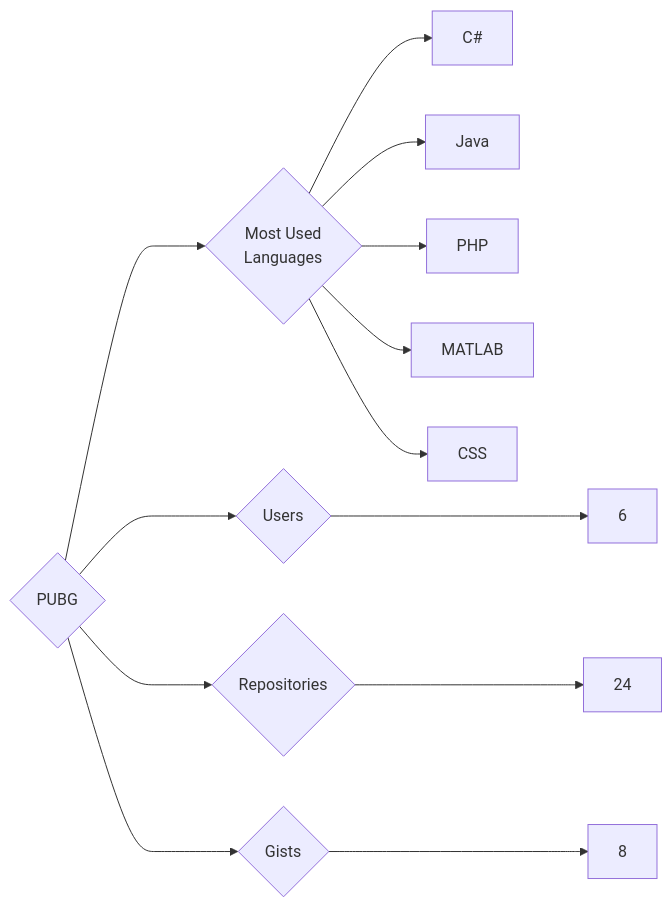
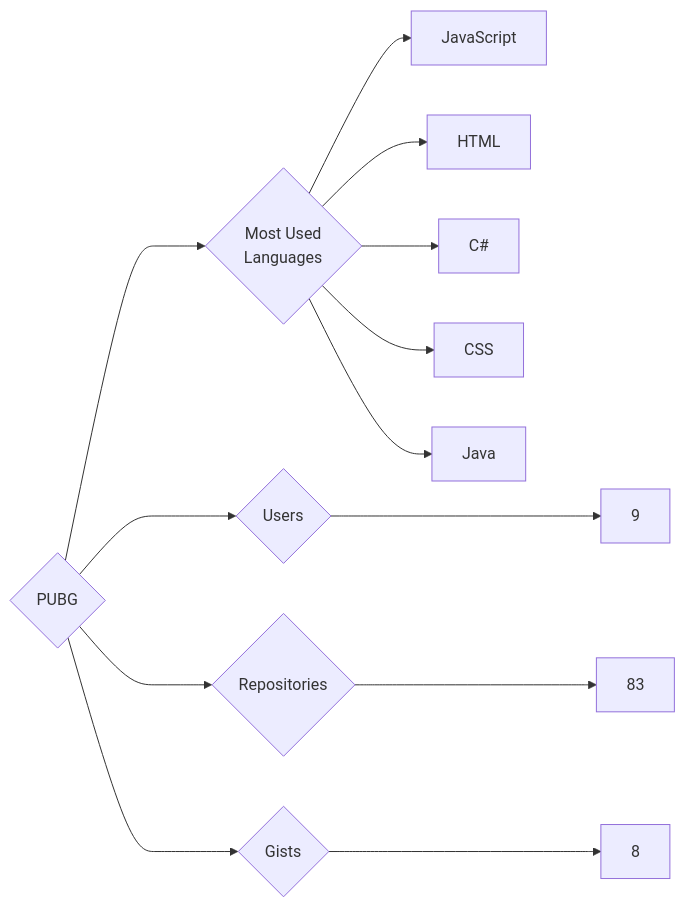
The diagram in targets/PUBG/README.md (trickest/insiders), drawn with Mermaid before and after one commit. The commit also changed 1479 other files, not shown here.

````diff
--- a/targets/PUBG/README.md
+++ b/targets/PUBG/README.md
@@ -3,13 +3,13 @@
 ```mermaid
 graph LR
 COMPANY_NAME{PUBG}
-COMPANY_NAME ---> U{Users} ---> UN[6]
-COMPANY_NAME ---> R{Repositories} ---> RN[24]
+COMPANY_NAME ---> U{Users} ---> UN[9]
+COMPANY_NAME ---> R{Repositories} ---> RN[83]
 COMPANY_NAME ---> G{Gists} ---> GN[8]
 COMPANY_NAME ---> ML{Most Used<br>Languages}
+ML --> JavaScript[JavaScript]
+ML --> HTML[HTML]
 ML --> C#[C#]
+ML --> CSS[CSS]
 ML --> Java[Java]
-ML --> PHP[PHP]
-ML --> MATLAB[MATLAB]
-ML --> CSS[CSS]
 ```
````
